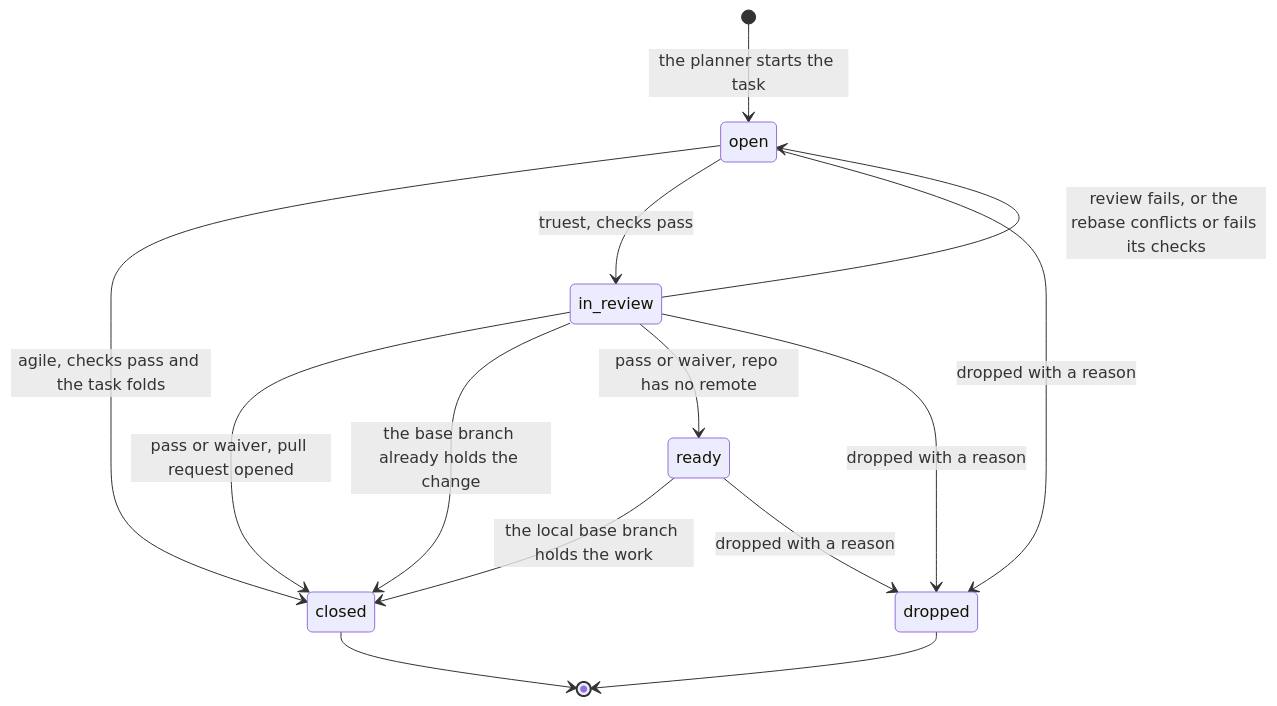
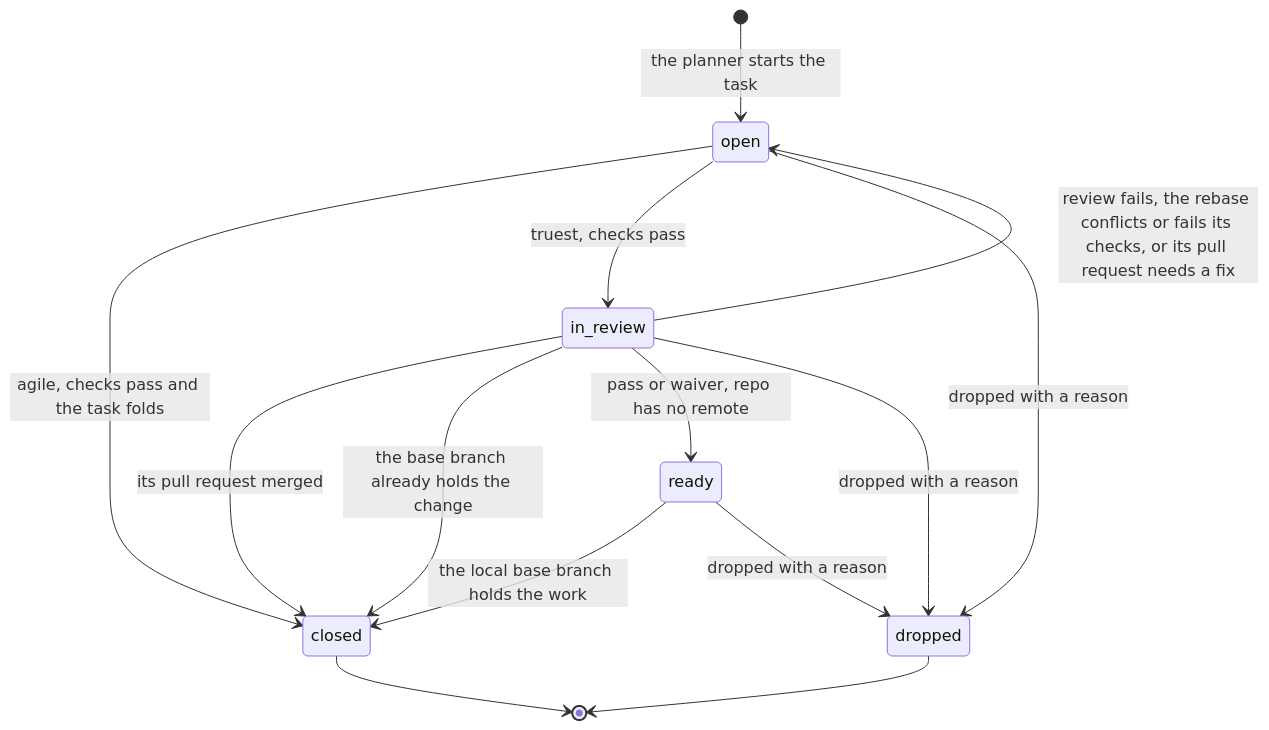
Before and after one commit to trustmybot/tmb: the fourth of 4 diagrams in docs/flows/3_TASKS.md, drawn with Mermaid. The commit also changed other lines of this file and 11 other files, not shown here.

````diff
--- a/docs/flows/3_TASKS.md
+++ b/docs/flows/3_TASKS.md
@@ -189,16 +190,16 @@
 ```mermaid
 stateDiagram-v2
     [*] --> open: the planner starts the task
     open --> closed: agile, checks pass and the task folds
     open --> in_review: truest, checks pass
-    in_review --> open: review fails, or the rebase conflicts or fails its checks
-    in_review --> closed: pass or waiver, pull request opened
+    in_review --> open: review fails, the rebase conflicts or fails its checks, or its pull request needs a fix
+    in_review --> closed: its pull request merged
     in_review --> closed: the base branch already holds the change
     in_review --> ready: pass or waiver, repo has no remote
     ready --> closed: the local base branch holds the work
     open --> dropped: dropped with a reason
     in_review --> dropped: dropped with a reason
     ready --> dropped: dropped with a reason
     closed --> [*]
     dropped --> [*]
 ```
````
